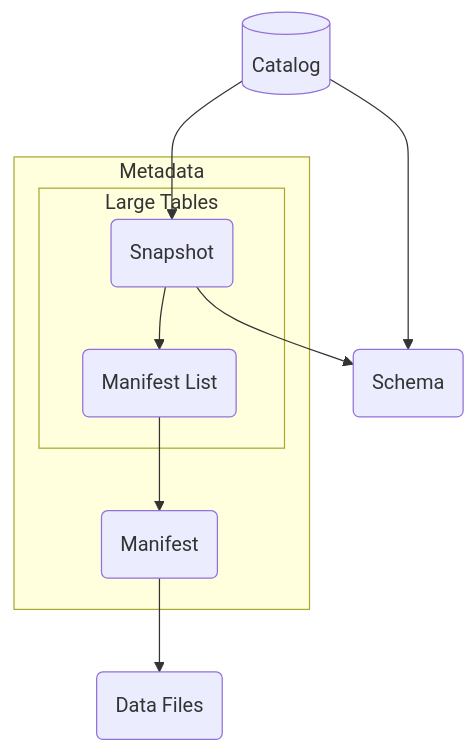
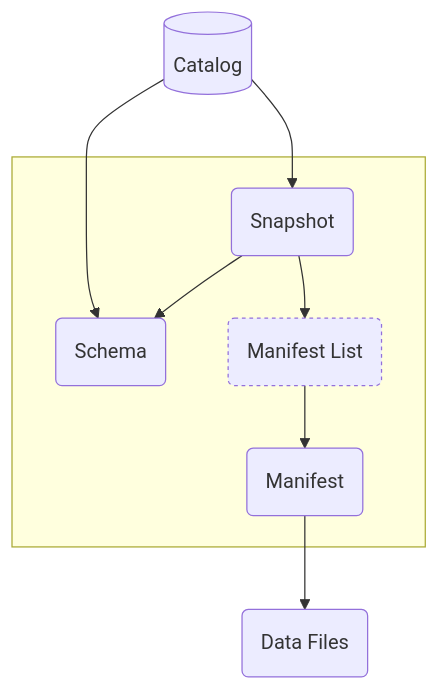
Before and after one commit to mabel-dev/tarchia: the diagram in README.md, drawn with Mermaid. The commit also changed other lines of this file, not shown here.

```diff
--- a/README.md
+++ b/README.md
@@ -35,13 +35,12 @@
 ~~~mermaid
 flowchart TD
     CATALOG[(Catalog)] --> SNAPSHOT(Snapshot)
     CATALOG  --> SCHEMA(Schema)
-    subgraph Metadata 
-        subgraph Large Tables
-            SNAPSHOT --> MAN_LIST(Manifest List)
-        end
+    subgraph  
         MAN_LIST --> MANIFEST(Manifest)
+        SNAPSHOT --> SCHEMA
+        SNAPSHOT --> MAN_LIST(Manifest List)
     end
-    SNAPSHOT --> SCHEMA
     MANIFEST --> DATA(Data Files)
+    style MAN_LIST stroke-width:1px,stroke-dasharray: 3 3
 ~~~
```
